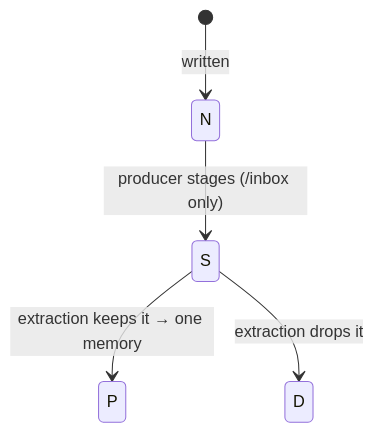
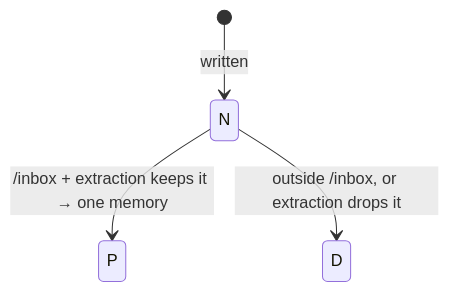
Before and after one commit to anantsrivast/cityops-agent-harness: the ninth of 16 diagrams in docs/WALKTHROUGH.md, drawn with Mermaid. The commit also changed other lines of this file and 4 other files, not shown here.

First line of the commit message:
refactor: notebook 02 drops §2b, the copilot-as-producer agent loop

````diff
--- a/docs/WALKTHROUGH.md
+++ b/docs/WALKTHROUGH.md
@@ -291,7 +280,6 @@
 ```mermaid
 stateDiagram-v2
   [*] --> N: written
-  N --> S: producer stages (/inbox only)
-  S --> P: extraction keeps it → one memory
-  S --> D: extraction drops it
+  N --> P: /inbox + extraction keeps it → one memory
+  N --> D: outside /inbox, or extraction drops it
 ```
````
